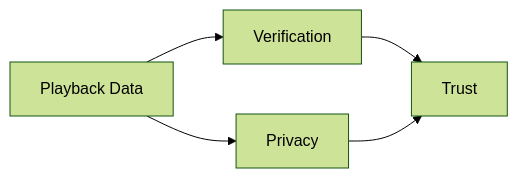
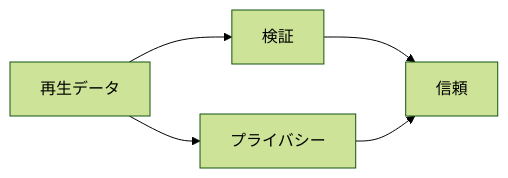
One commit to ShigeichiroYamasaki/creator-first-platform changed the eighth of 11 diagrams in docs/whitepaper/02-market.md. Above: the diagram before and after it, drawn with Mermaid (forest theme). The commit also changed other lines of this file and 72 other files, not shown here.

````diff
--- a/docs/whitepaper/02-market.md
+++ b/docs/whitepaper/02-market.md
@@ -280,8 +280,8 @@
 ```mermaid
 flowchart LR
-    PLAY[Playback Data] --> V[Verification]
-    PLAY --> P[Privacy]
+    PLAY[再生データ] --> V[検証]
+    PLAY --> P[プライバシー]
 
-    V --> T[Trust]
+    V --> T[信頼]
     P --> T
 ```
````
